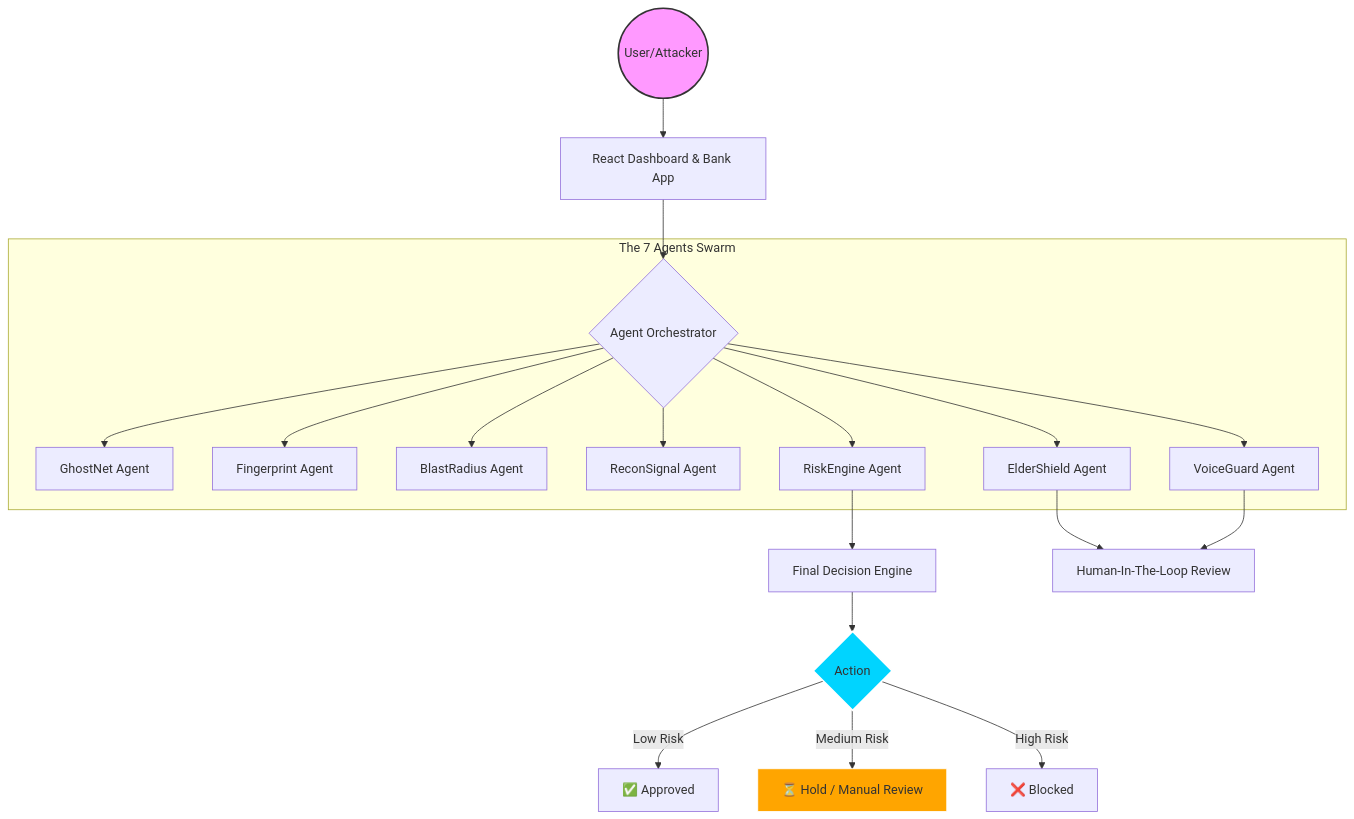
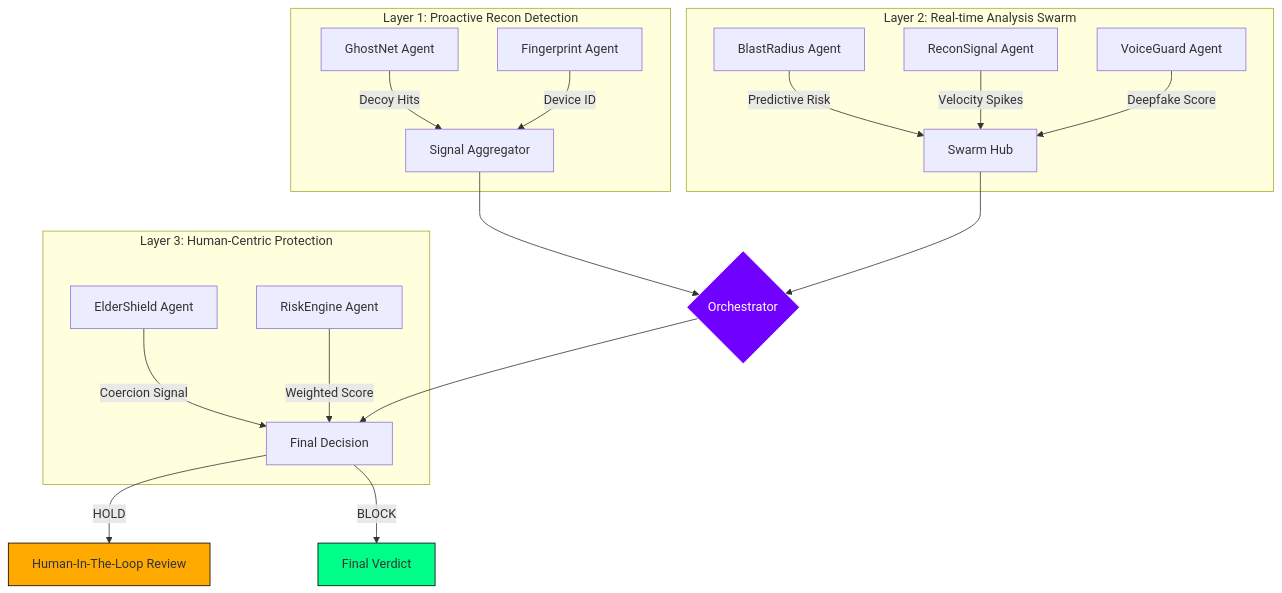
The diagram in README.md (penjendru01varun/CyberAegis-AI), drawn with Mermaid before and after one commit. The commit also changed other lines of this file and 27 other files, not shown here.

````diff
--- a/README.md
+++ b/README.md
@@ -28,28 +29,29 @@
 ```mermaid
 graph TD
-    User((User/Attacker)) --> Frontend[React Dashboard & Bank App]
-    Frontend --> Orchestrator{Agent Orchestrator}
-    
-    subgraph "The 7 Agents Swarm"
-        Orchestrator --> A1[GhostNet Agent]
-        Orchestrator --> A2[Fingerprint Agent]
-        Orchestrator --> A3[BlastRadius Agent]
-        Orchestrator --> A4[ReconSignal Agent]
-        Orchestrator --> A5[RiskEngine Agent]
-        Orchestrator --> A6[ElderShield Agent]
-        Orchestrator --> A7[VoiceGuard Agent]
+    subgraph "Layer 1: Proactive Recon Detection"
+        A1[GhostNet Agent] -->|Decoy Hits| L1[Signal Aggregator]
+        A2[Fingerprint Agent] -->|Device ID| L1
     end
     
-    A5 --> Decision[Final Decision Engine]
-    A6 --> HITL[Human-In-The-Loop Review]
-    A7 --> HITL
+    subgraph "Layer 2: Real-time Analysis Swarm"
+        A3[BlastRadius Agent] -->|Predictive Risk| L2[Swarm Hub]
+        A4[ReconSignal Agent] -->|Velocity Spikes| L2
+        A7[VoiceGuard Agent] -->|Deepfake Score| L2
+    end
     
-    Decision --> Action{Action}
-    Action -->|Low Risk| Approve[✅ Approved]
-    Action -->|Medium Risk| Hold[⏳ Hold / Manual Review]
-    Action -->|High Risk| Block[❌ Blocked]
+    subgraph "Layer 3: Human-Centric Protection"
+        A6[ElderShield Agent] -->|Coercion Signal| L3[Final Decision]
+        A5[RiskEngine Agent] -->|Weighted Score| L3
+    end
     
-    style User fill:#f9f,stroke:#333,stroke-width:2px
-    style Action fill:#00D4FF,stroke:#fff,stroke-width:2px
-    style Hold fill:#FFA500,stroke:#fff
+    L1 --> Orchestrator{Orchestrator}
+    L2 --> Orchestrator
+    Orchestrator --> L3
+    
+    L3 -->|HOLD| HITL[Human-In-The-Loop Review]
+    L3 -->|BLOCK| Result[Final Verdict]
+    
+    style Orchestrator fill:#7000ff,stroke:#fff,color:#fff
+    style Result fill:#00ff88,stroke:#000
+    style HITL fill:#ffaa00,stroke:#000
 ```
````
